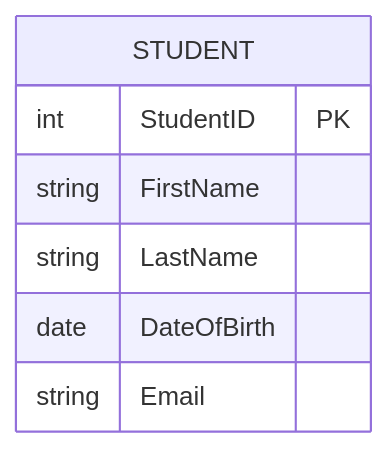
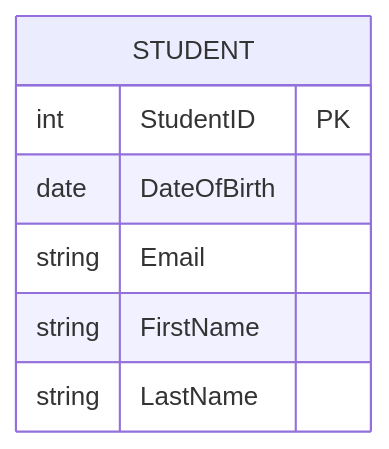
Before and after one commit to P7XCKD/NF: the diagram in Notes Factory/Semister 3/Rough Work/sample.md, drawn with Mermaid.

Commit message:
create/update 'sample.md' file

````diff
--- a/Notes Factory/Semister 3/Rough Work/sample.md
+++ b/Notes Factory/Semister 3/Rough Work/sample.md
@@ -1,11 +1,14 @@
 ```mermaid
 erDiagram
     STUDENT {
         int StudentID PK
-        string FirstName
-        string LastName
         date DateOfBirth
         string Email
     }
 
+    STUDENT {
+        string FirstName
+        string LastName
+    }
+
 ```
````
